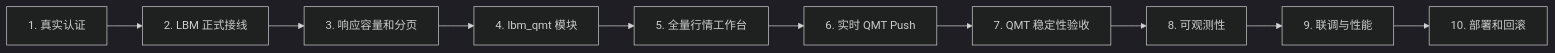
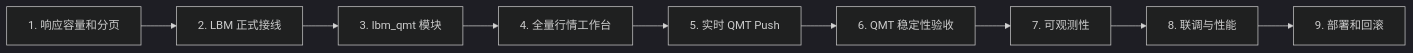
The third of 3 diagrams in docs/work-orders/OX-production-roadmap.md (Weatherbless2/oxtrade), drawn with Mermaid (dark theme) before and after one commit. The commit also changed other lines of this file and 15 other files, not shown here.

````diff
--- a/docs/work-orders/OX-production-roadmap.md
+++ b/docs/work-orders/OX-production-roadmap.md
@@ -85,12 +85,11 @@
 ```mermaid
 flowchart LR
-    A[1. 真实认证] --> B[2. LBM 正式接线]
-    B --> C[3. 响应容量和分页]
-    C --> D[4. lbm_qmt 模块]
-    D --> E[5. 全量行情工作台]
-    E --> F[6. 实时 QMT Push]
-    F --> G[7. QMT 稳定性验收]
-    G --> H[8. 可观测性]
-    H --> I[9. 联调与性能]
-    I --> J[10. 部署和回滚]
+    A[1. 响应容量和分页] --> B[2. LBM 正式接线]
+    B --> C[3. lbm_qmt 模块]
+    C --> D[4. 全量行情工作台]
+    D --> E[5. 实时 QMT Push]
+    E --> F[6. QMT 稳定性验收]
+    F --> G[7. 可观测性]
+    G --> H[8. 联调与性能]
+    H --> I[9. 部署和回滚]
 ```
````
